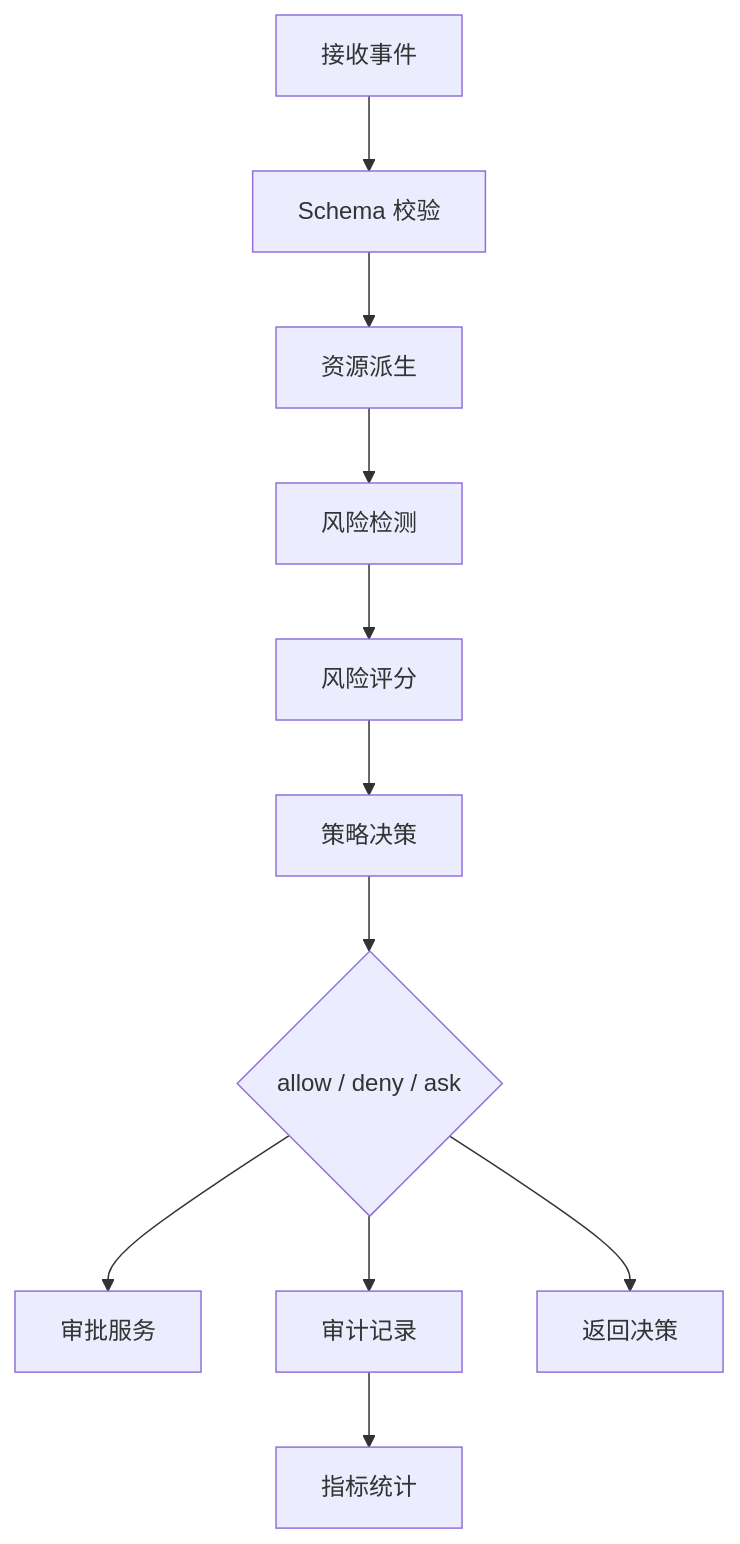
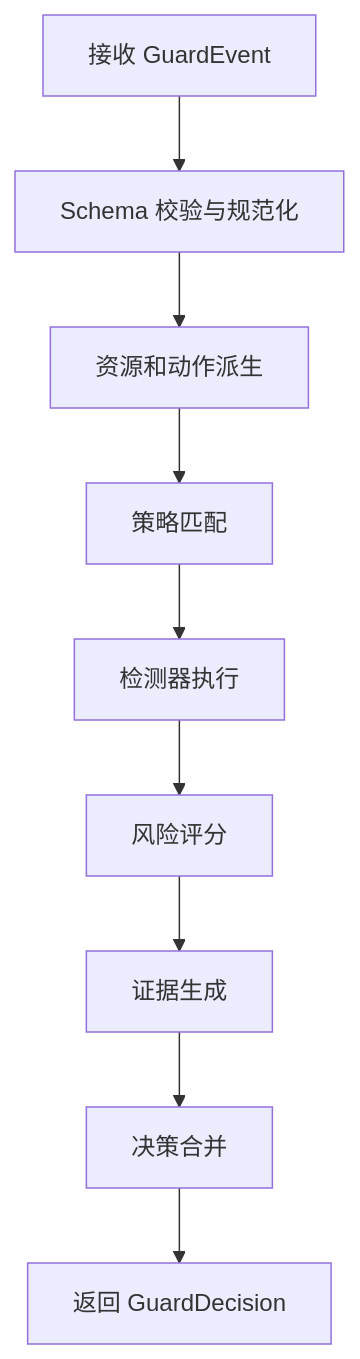
Before and after one commit to JToday666/agent-guard: the diagram in docs/02_core/core_design.md, drawn with Mermaid. The commit also changed other lines of this file and 51 other files, not shown here.

````diff
--- a/docs/02_core/core_design.md
+++ b/docs/02_core/core_design.md
@@ -61,20 +101,14 @@
 ```mermaid
 flowchart TB
-    A["接收事件"]
-    B["Schema 校验"]
-    C["资源派生"]
-    D["风险检测"]
-    E["风险评分"]
-    F["策略决策"]
-    G{"allow / deny / ask"}
-    H["审批服务"]
-    I["审计记录"]
-    J["指标统计"]
-    K["返回决策"]
+    A["接收 GuardEvent"]
+    B["Schema 校验与规范化"]
+    C["资源和动作派生"]
+    D["策略匹配"]
+    E["检测器执行"]
+    F["风险评分"]
+    G["证据生成"]
+    H["决策合并"]
+    I["返回 GuardDecision"]
 
-    A --> B --> C --> D --> E --> F --> G
-    G --> H
-    G --> I
-    I --> J
-    G --> K
+    A --> B --> C --> D --> E --> F --> G --> H --> I
 ```
````
